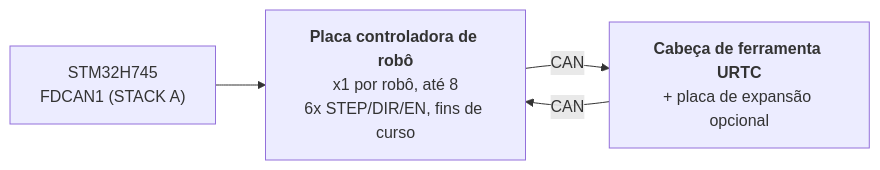
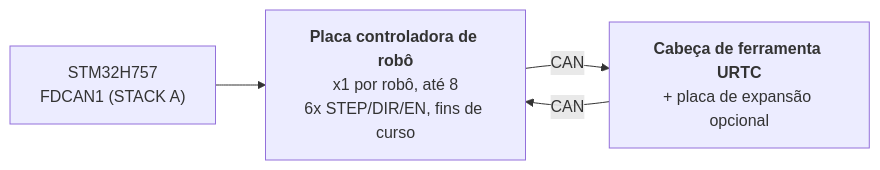
The second of 2 diagrams in docs/HARDWARE_SPECIFICATION_por.md (JuanenRac/HYDRA-UMC), drawn with Mermaid before and after one commit. The commit also changed other lines of this file and 41 other files, not shown here.

````diff
--- a/docs/HARDWARE_SPECIFICATION_por.md
+++ b/docs/HARDWARE_SPECIFICATION_por.md
@@ -139,6 +139,6 @@
 ```mermaid
 flowchart LR
-    MCU["STM32H745<br/>FDCAN1 (STACK A)"] --> RCB["<b>Placa controladora de robô</b><br/>x1 por robô, até 8<br/>6x STEP/DIR/EN, fins de curso"]
+    MCU["STM32H757<br/>FDCAN1 (STACK A)"] --> RCB["<b>Placa controladora de robô</b><br/>x1 por robô, até 8<br/>6x STEP/DIR/EN, fins de curso"]
     RCB -- CAN --> URTC["<b>Cabeça de ferramenta URTC</b><br/>+ placa de expansão opcional"]
     URTC -- CAN --> RCB
 ```
````
